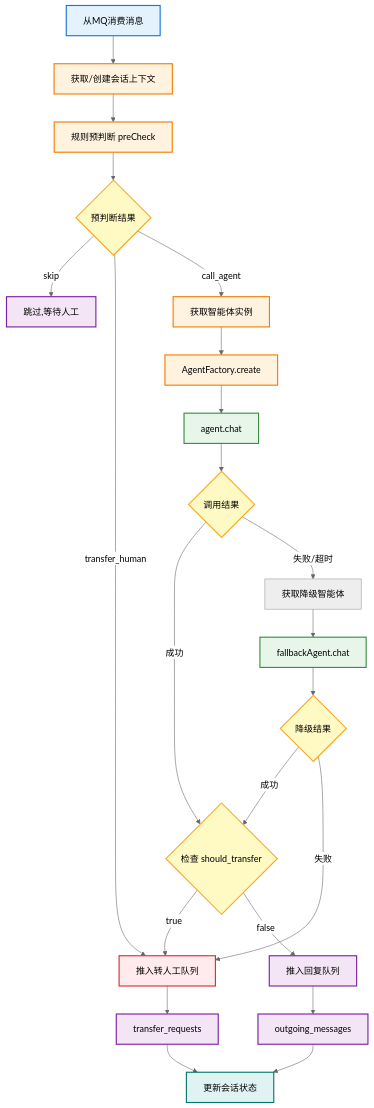
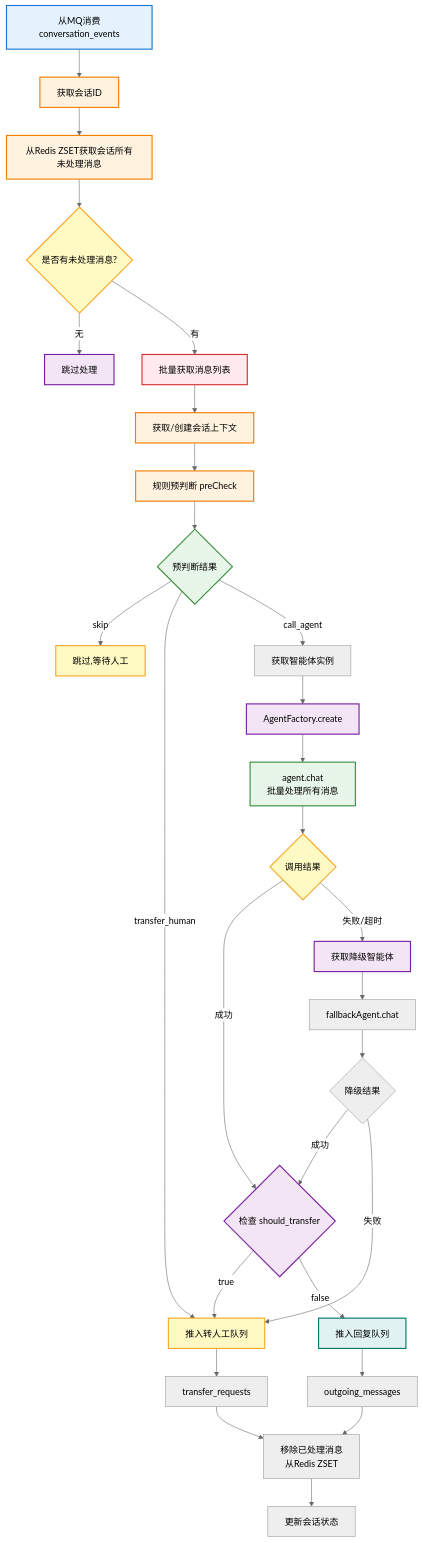
One commit to liushoukun/huizhida-chatbot changed the seventh of 17 diagrams in docs/requirements.md. Above: the diagram before and after it, drawn with Mermaid (neutral theme). The commit also changed other lines of this file and 16 other files, not shown here.

````diff
--- a/docs/requirements.md
+++ b/docs/requirements.md
@@ -872,51 +910,57 @@
 ```mermaid
 flowchart TD
-    A[从MQ消费消息] --> B[获取/创建会话上下文]
-    B --> C[规则预判断 preCheck]
+    A[从MQ消费conversation_events] --> B[获取会话ID]
+    B --> C[从Redis ZSET获取会话所有未处理消息]
+    C --> D{是否有未处理消息?}
+    D -->|无| E[跳过处理]
+    D -->|有| F[批量获取消息列表]
+    F --> G[获取/创建会话上下文]
+    G --> H[规则预判断 preCheck]
     
-    C --> D{预判断结果}
+    H --> I{预判断结果}
     
-    D -->|skip| E[跳过,等待人工]
-    D -->|transfer_human| F[推入转人工队列]
-    D -->|call_agent| G[获取智能体实例]
+    I -->|skip| J[跳过,等待人工]
+    I -->|transfer_human| K[推入转人工队列]
+    I -->|call_agent| L[获取智能体实例]
     
-    G --> H[AgentFactory.create]
-    H --> I[agent.chat]
+    L --> M[AgentFactory.create]
+    M --> N[agent.chat<br/>批量处理所有消息]
     
-    I --> J{调用结果}
+    N --> O{调用结果}
     
-    J -->|成功| K{检查 should_transfer}
-    J -->|失败/超时| L[获取降级智能体]
+    O -->|成功| P{检查 should_transfer}
+    O -->|失败/超时| Q[获取降级智能体]
     
-    K -->|true| F
-    K -->|false| M[推入回复队列]
+    P -->|true| K
+    P -->|false| R[推入回复队列]
     
-    L --> N[fallbackAgent.chat]
-    N --> O{降级结果}
-    O -->|成功| K
-    O -->|失败| F
+    Q --> S[fallbackAgent.chat]
+    S --> T{降级结果}
+    T -->|成功| P
+    T -->|失败| K
     
-    M --> P[outgoing_messages]
-    F --> Q[transfer_requests]
+    R --> U[outgoing_messages]
+    K --> V[transfer_requests]
     
-    P --> R[更新会话状态]
-    Q --> R
+    U --> W[移除已处理消息<br/>从Redis ZSET]
+    V --> W
+    W --> X[更新会话状态]
 
     %% 样式定义
     classDef inputStyle fill:#E3F2FD,stroke:#1976D2,stroke-width:2px,color:#000
     classDef processStyle fill:#FFF3E0,stroke:#F57C00,stroke-width:2px,color:#000
     classDef decisionStyle fill:#FFF9C4,stroke:#F9A825,stroke-width:2px,color:#000
     classDef agentStyle fill:#E8F5E9,stroke:#388E3C,stroke-width:2px,color:#000
     classDef transferStyle fill:#FFEBEE,stroke:#D32F2F,stroke-width:2px,color:#000
     classDef queueStyle fill:#F3E5F5,stroke:#7B1FA2,stroke-width:2px,color:#000
     classDef actionStyle fill:#E0F2F1,stroke:#00796B,stroke-width:2px,color:#000
 
     %% 应用样式
     class A inputStyle
     class B,C,G,H processStyle
     class D,J,K,O decisionStyle
     class I,N agentStyle
     class F transferStyle
     class E,M,P,Q queueStyle
     class R actionStyle
 ```
````
